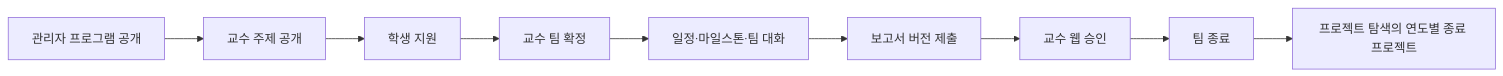
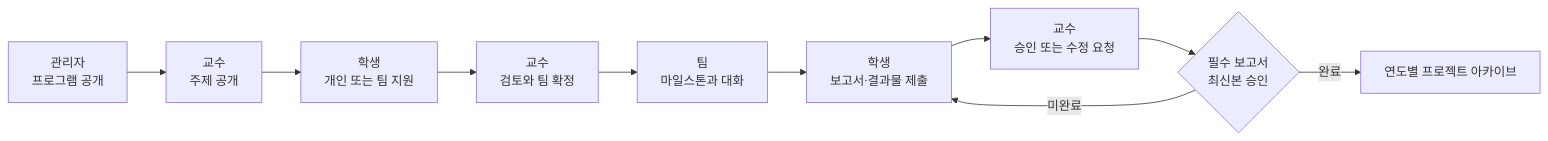
The third of 3 diagrams in README.md (2026-PNU-AI-StudyGroup/2026-pnuai-studygroup-01), drawn with Mermaid before and after one commit. The commit also changed other lines of this file and 2 other files, not shown here.

Commit message:
docs: 리드미와 실제 화면 구조도 최신화

````diff
--- a/README.md
+++ b/README.md
@@ -63,11 +99,12 @@
 ```mermaid
 flowchart LR
-    Program["관리자 프로그램 공개"] --> Topic["교수 주제 공개"]
-    Topic --> Apply["학생 지원"]
-    Apply --> Confirm["교수 팀 확정"]
-    Confirm --> Work["일정·마일스톤·팀 대화"]
-    Work --> Report["보고서 버전 제출"]
-    Report --> Approval["교수 웹 승인"]
-    Approval --> Close["팀 종료"]
-    Close --> Archive["프로젝트 탐색의 연도별 종료 프로젝트"]
+    Program["관리자<br/>프로그램 공개"] --> Topic["교수<br/>주제 공개"]
+    Topic --> Apply["학생<br/>개인 또는 팀 지원"]
+    Apply --> Confirm["교수<br/>검토와 팀 확정"]
+    Confirm --> Work["팀<br/>마일스톤과 대화"]
+    Work --> Submit["학생<br/>보고서·결과물 제출"]
+    Submit --> Review["교수<br/>승인 또는 수정 요청"]
+    Review --> Close{"필수 보고서<br/>최신본 승인"}
+    Close -->|완료| Archive["연도별 프로젝트 아카이브"]
+    Close -->|미완료| Submit
 ```
````
